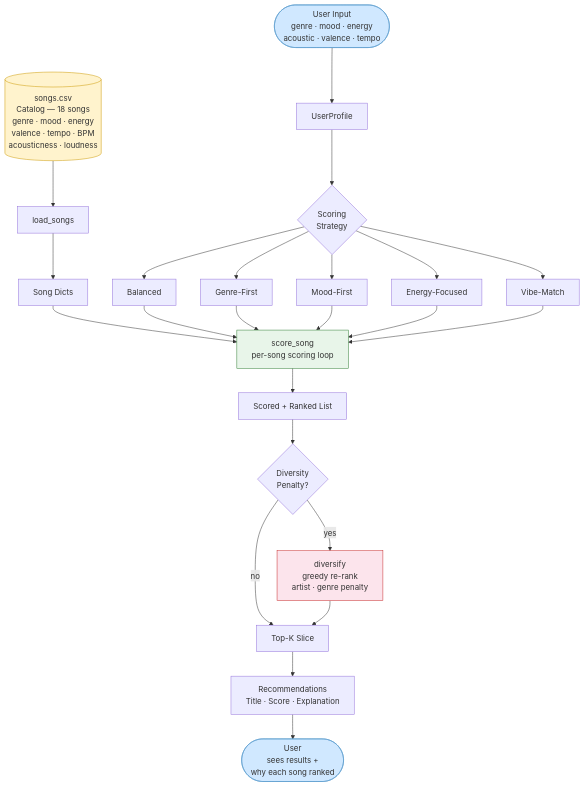
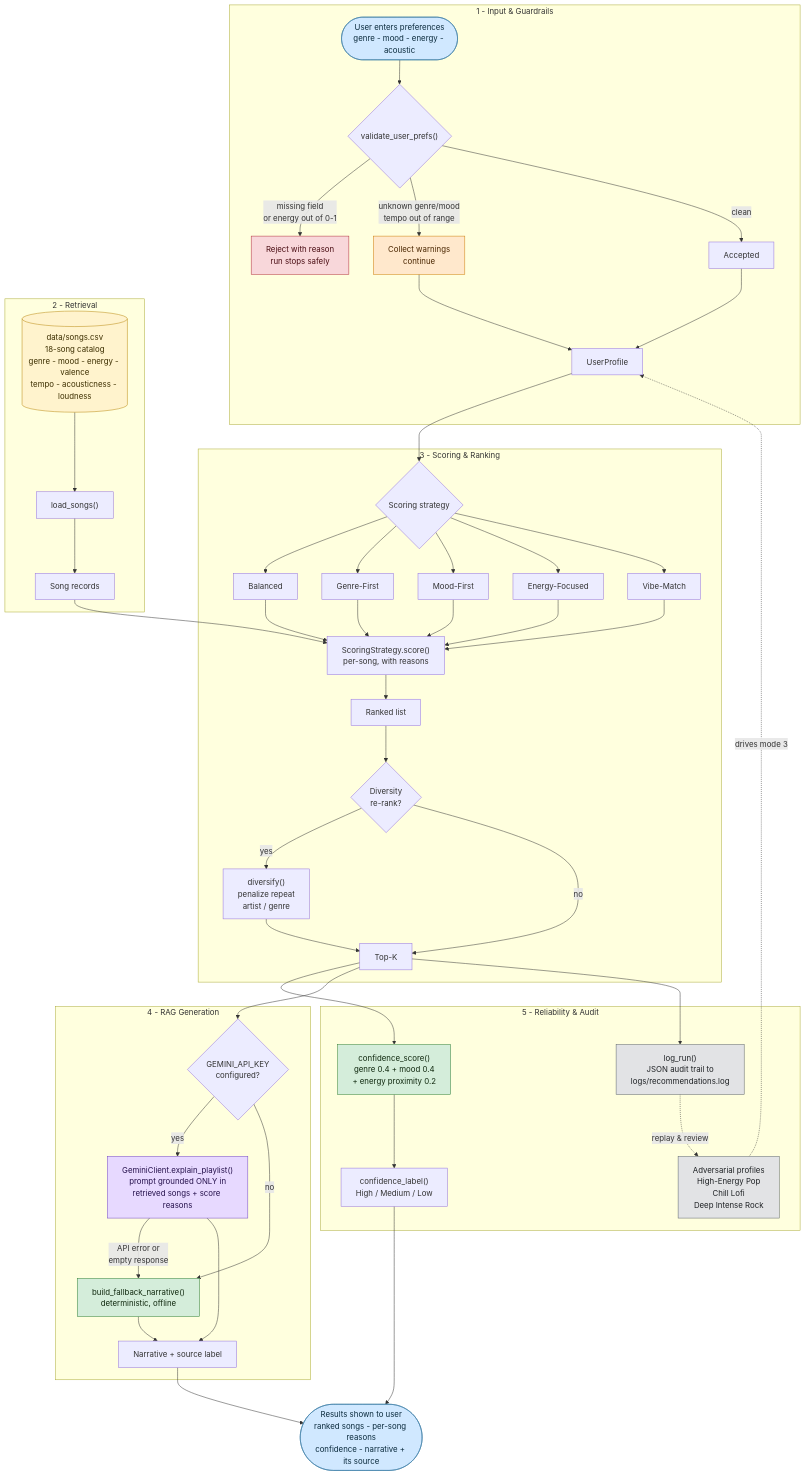
Before and after one commit to yohanakatani/applied-ai-system-final: the diagram in diagrams/architecture.mmd, drawn with Mermaid. The commit also changed 9 other files, not shown here.

First line of the commit message:
Make the AI system reliable, testable, and runnable without an API key

```diff
--- a/diagrams/architecture.mmd
+++ b/diagrams/architecture.mmd
@@ -1,33 +1,71 @@
 flowchart TD
-    A([User Input\ngenre · mood · energy\nacoustic · valence · tempo]) --> B[UserProfile]
+    subgraph INPUT["1 - Input & Guardrails"]
+        A([User enters preferences<br/>genre - mood - energy - acoustic])
+        A --> V{"validate_user_prefs()"}
+        V -->|"missing field<br/>or energy out of 0-1"| REJ[Reject with reason<br/>run stops safely]
+        V -->|"unknown genre/mood<br/>tempo out of range"| WARN[Collect warnings<br/>continue]
+        V -->|clean| OK[Accepted]
+        WARN --> P[UserProfile]
+        OK --> P
+    end
 
-    B --> C{Scoring\nStrategy}
+    subgraph RETRIEVAL["2 - Retrieval"]
+        D[("data/songs.csv<br/>18-song catalog<br/>genre - mood - energy - valence<br/>tempo - acousticness - loudness")]
+        D --> L["load_songs()"]
+        L --> F[Song records]
+    end
 
-    C --> C1[Balanced]
-    C --> C2[Genre-First]
-    C --> C3[Mood-First]
-    C --> C4[Energy-Focused]
-    C --> C5[Vibe-Match]
+    subgraph SCORING["3 - Scoring & Ranking"]
+        S{"Scoring strategy"}
+        S --> S1[Balanced]
+        S --> S2[Genre-First]
+        S --> S3[Mood-First]
+        S --> S4[Energy-Focused]
+        S --> S5[Vibe-Match]
+        SC["ScoringStrategy.score()<br/>per-song, with reasons"]
+        S1 & S2 & S3 & S4 & S5 --> SC
+        SC --> RANK[Ranked list]
+        RANK --> DIV{"Diversity<br/>re-rank?"}
+        DIV -->|yes| DV["diversify()<br/>penalize repeat<br/>artist / genre"]
+        DIV -->|no| TOPK[Top-K]
+        DV --> TOPK
+    end
 
-    D[(songs.csv\nCatalog — 18 songs\ngenre · mood · energy\nvalence · tempo · BPM\nacousticness · loudness)] --> E[load_songs]
-    E --> F[Song Dicts]
+    subgraph GENERATION["4 - RAG Generation"]
+        G{"GEMINI_API_KEY<br/>configured?"}
+        G -->|yes| GEM["GeminiClient.explain_playlist()<br/>prompt grounded ONLY in<br/>retrieved songs + score reasons"]
+        G -->|no| TPL["build_fallback_narrative()<br/>deterministic, offline"]
+        GEM -->|"API error or<br/>empty response"| TPL
+        GEM --> NARR[Narrative + source label]
+        TPL --> NARR
+    end
 
-    F --> G[score_song\nper-song scoring loop]
-    C1 & C2 & C3 & C4 & C5 --> G
+    subgraph RELIABILITY["5 - Reliability & Audit"]
+        CONF["confidence_score()<br/>genre 0.4 + mood 0.4<br/>+ energy proximity 0.2"]
+        CONF --> LAB["confidence_label()<br/>High / Medium / Low"]
+        LOG["log_run()<br/>JSON audit trail to<br/>logs/recommendations.log"]
+        EVAL["Adversarial profiles<br/>High-Energy Pop<br/>Chill Lofi<br/>Deep Intense Rock"]
+    end
 
-    G --> H[Scored + Ranked List]
+    P --> S
+    F --> SC
+    TOPK --> CONF
+    TOPK --> G
+    TOPK --> LOG
+    LAB --> OUT
+    NARR --> OUT
+    EVAL -.->|"drives mode 3"| P
+    LOG -.->|"replay & review"| EVAL
 
-    H --> I{Diversity\nPenalty?}
-    I -- yes --> J[diversify\ngreedy re-rank\nartist · genre penalty]
-    I -- no --> K[Top-K Slice]
-    J --> K
+    OUT([Results shown to user<br/>ranked songs - per-song reasons<br/>confidence - narrative + its source])
 
-    K --> L[Recommendations\nTitle · Score · Explanation]
-
-    L --> M([User\nsees results +\nwhy each song ranked])
-
-    style A fill:#d0e8ff,stroke:#5599cc
-    style M fill:#d0e8ff,stroke:#5599cc
-    style D fill:#fff3cd,stroke:#cc9900
-    style G fill:#e8f5e9,stroke:#2e7d32
-    style J fill:#fce4ec,stroke:#c62828
+    style A fill:#d0e8ff,stroke:#3a7ca5,color:#0b2b3d
+    style OUT fill:#d0e8ff,stroke:#3a7ca5,color:#0b2b3d
+    style D fill:#fff3cd,stroke:#b8860b,color:#3d2f00
+    style REJ fill:#f8d7da,stroke:#b02a37,color:#4a0d13
+    style WARN fill:#ffe8cc,stroke:#cc7a00,color:#4a2600
+    style GEM fill:#e7d9ff,stroke:#6f42c1,color:#26124d
+    style TPL fill:#d4edda,stroke:#2e7d32,color:#10290f
+    style CONF fill:#d4edda,stroke:#2e7d32,color:#10290f
+    style LOG fill:#e2e3e5,stroke:#5a6268,color:#1f2225
+    style EVAL fill:#e2e3e5,stroke:#5a6268,color:#1f2225
```
